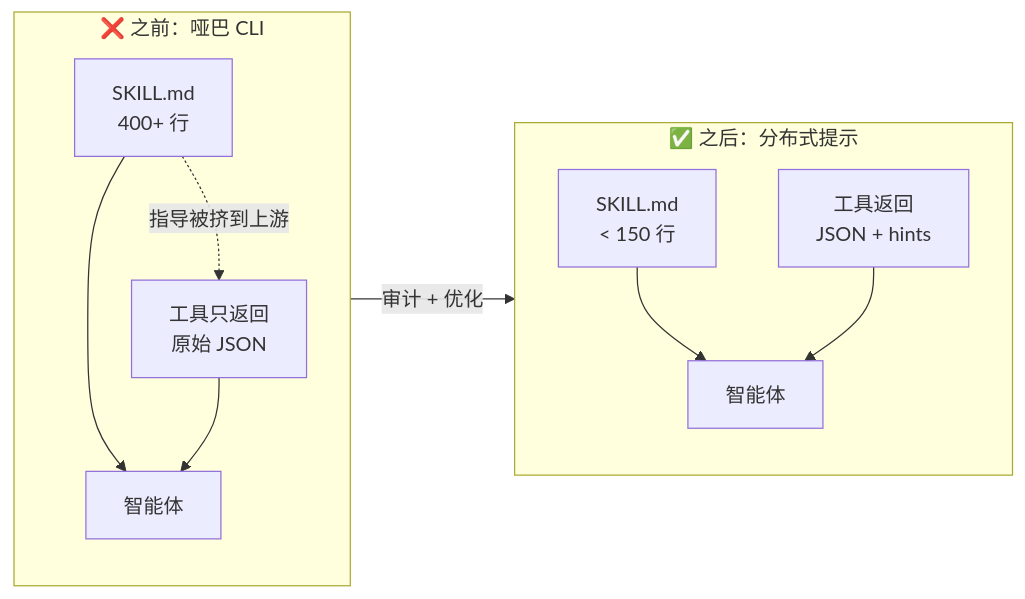
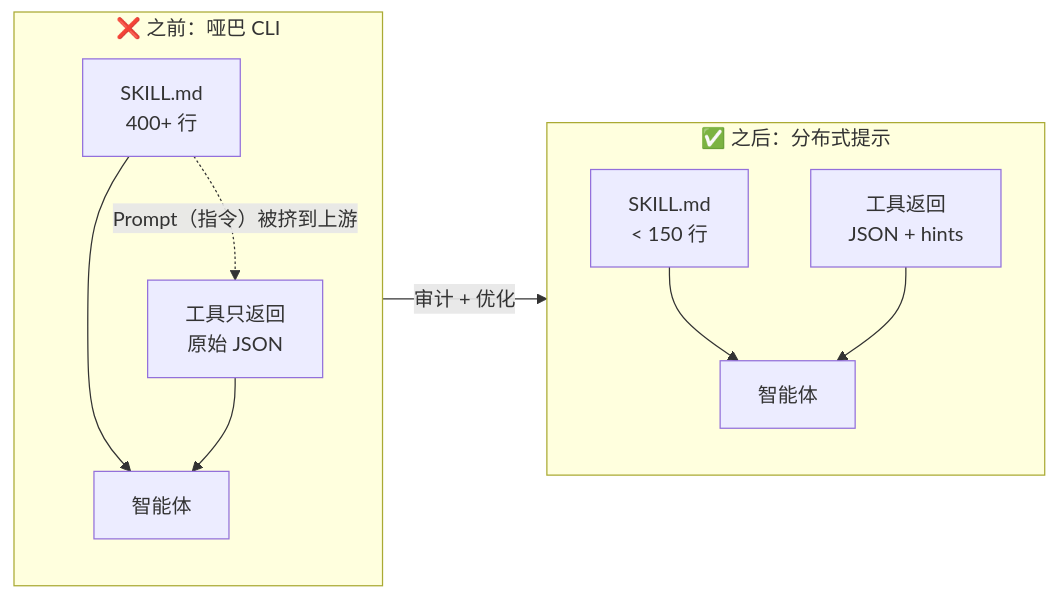
One commit to DrDexter6000/talking-cli changed the first of 2 diagrams in README.zh-CN.md. Above: the diagram before and after it, drawn with Mermaid. The commit also changed other lines of this file, not shown here.

Commit message:
docs(zh-CN): replace '指导' with 'Prompt（指令）' and add linter translation

````diff
--- a/README.zh-CN.md
+++ b/README.zh-CN.md
@@ -72,15 +72,15 @@
 ```mermaid
 graph LR
     subgraph Before ["❌ 之前：哑巴 CLI"]
         A1[SKILL.md<br/>400+ 行] --> A2[智能体]
         A3[工具只返回<br/>原始 JSON] --> A2
-        A1 -.->|"指导被挤到上游"| A3
+        A1 -.->|"Prompt（指令）被挤到上游"| A3
     end
 
     subgraph After ["✅ 之后：分布式提示"]
         B1[SKILL.md<br/>&lt; 150 行] --> B2[智能体]
         B3[工具返回<br/>JSON + hints] --> B2
     end
 
     Before -->|审计 + 优化| After
 ```
````
